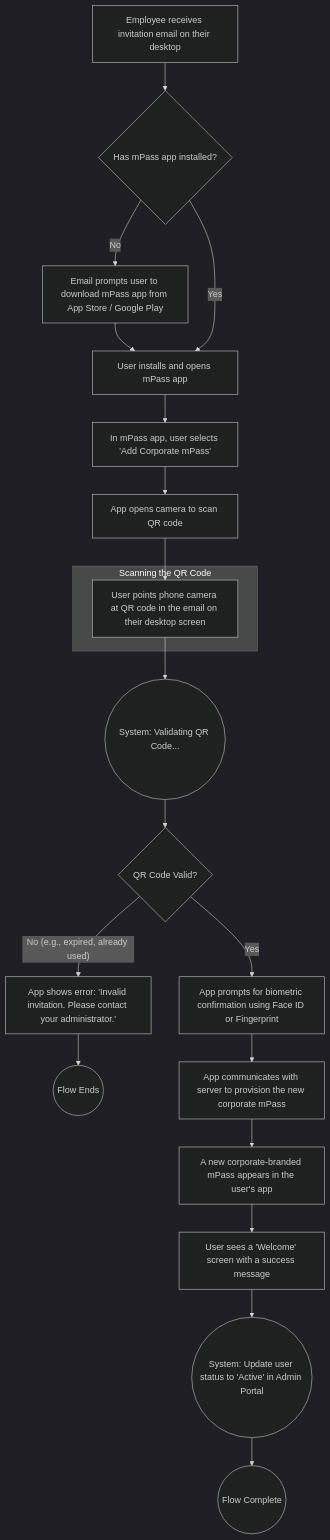
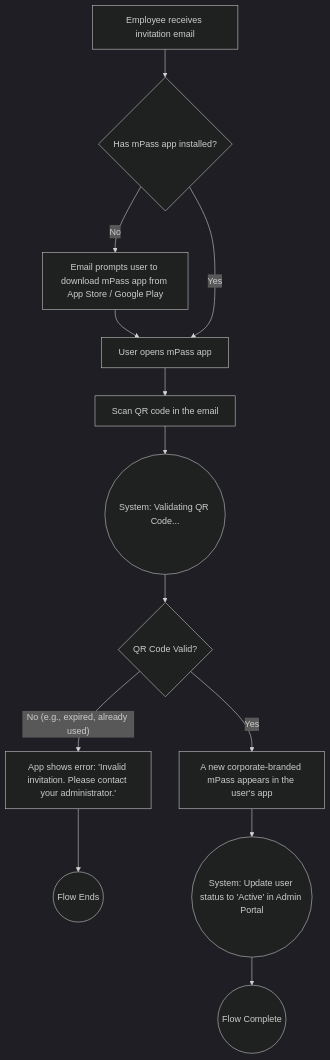
Before and after one commit to diemnguyen944/test_repo: the fifth of 20 diagrams in docs/corporate-mpass-front-end-spec.md, drawn with Mermaid (dark theme). The commit also changed other lines of this file, not shown here.

````diff
--- a/docs/corporate-mpass-front-end-spec.md
+++ b/docs/corporate-mpass-front-end-spec.md
@@ -305,26 +305,17 @@
 ```mermaid
 graph TD
-    A[Employee receives invitation email on their desktop] --> B{Has mPass app installed?};
+    A[Employee receives invitation email] --> B{Has mPass app installed?};
     B -- No --> C[Email prompts user to download mPass app from App Store / Google Play];
-    C --> D[User installs and opens mPass app];
+    C --> D[User opens mPass app];
     B -- Yes --> D;
 
-    D --> E[In mPass app, user selects 'Add Corporate mPass'];
-    E --> F[App opens camera to scan QR code];
+    D --> F[Scan QR code in the email];
     
-    subgraph "Scanning the QR Code"
-      G[User points phone camera at QR code in the email on their desktop screen];
-    end
-
-    F --> G;
-    G --> H((System: Validating QR Code...));
+    F --> H((System: Validating QR Code...));
     H --> I{QR Code Valid?};
     I -- "No (e.g., expired, already used)" --> J[App shows error: 'Invalid invitation. Please contact your administrator.'];
     J --> End((Flow Ends));
-    I -- Yes --> K[App prompts for biometric confirmation using Face ID or Fingerprint];
-    K --> L[App communicates with server to provision the new corporate mPass];
-    L --> M[A new corporate-branded mPass appears in the user's app];
-    M --> N[User sees a 'Welcome' screen with a success message];
-    N --> O((System: Update user status to 'Active' in Admin Portal));
-    O --> Success((Flow Complete));
+    I -- Yes --> M[A new corporate-branded mPass appears in the user's app];
+    M --> O((System: Update user status to 'Active' in Admin Portal));
+    O --> Success((Flow Complete)); 
 ```
````
